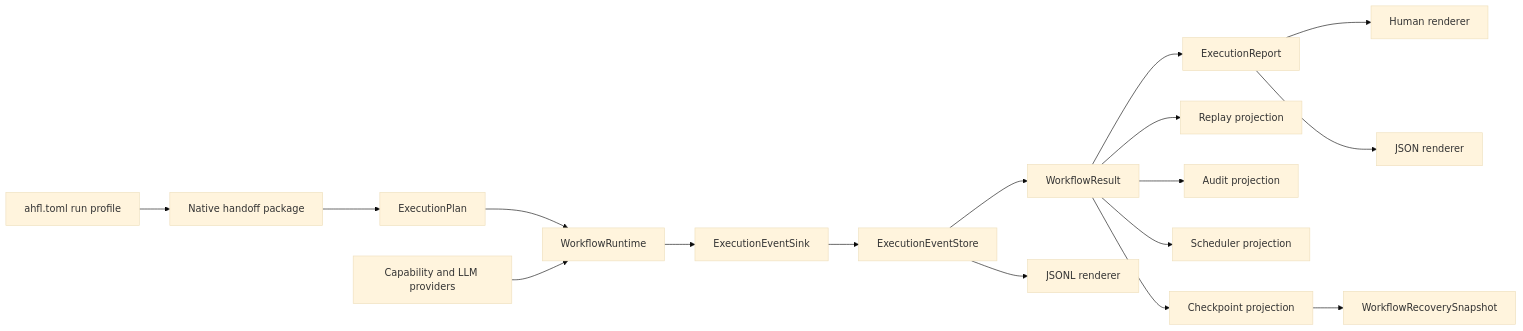
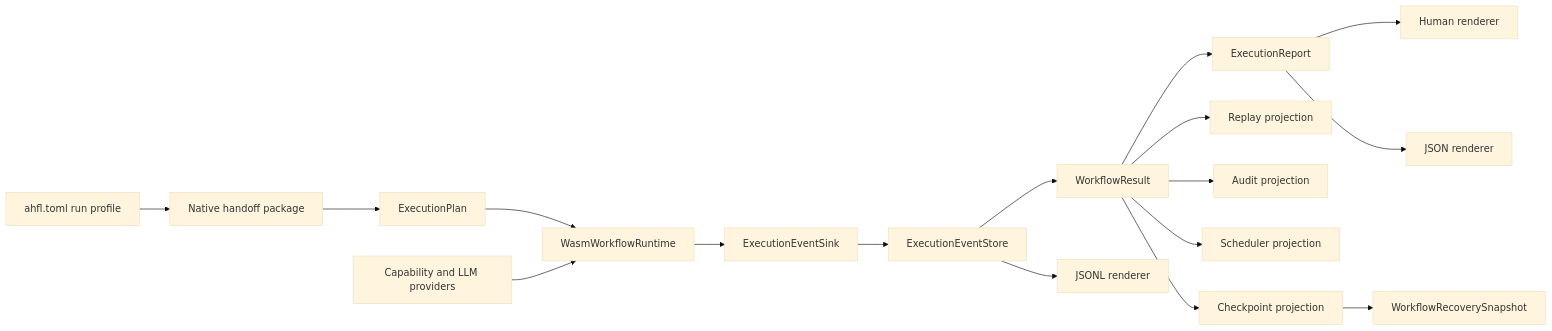
The diagram in docs/design/native-runtime-architecture.zh.md (Zzzode/AHFL), drawn with Mermaid (base theme) before and after one commit. The commit also changed other lines of this file and 248 other files, not shown here.

````diff
--- a/docs/design/native-runtime-architecture.zh.md
+++ b/docs/design/native-runtime-architecture.zh.md
@@ -24,19 +24,19 @@
 ```mermaid
 flowchart LR
     Manifest[ahfl.toml run profile] --> Handoff[Native handoff package]
     Handoff --> Plan[ExecutionPlan]
-    Plan --> Runtime[WorkflowRuntime]
+    Plan --> Runtime[WasmWorkflowRuntime]
     Runtime --> Sink[ExecutionEventSink]
     Provider[Capability and LLM providers] --> Runtime
     Sink --> Store[ExecutionEventStore]
     Store --> Result[WorkflowResult]
     Result --> Report[ExecutionReport]
     Result --> Replay[Replay projection]
     Result --> Audit[Audit projection]
     Result --> Scheduler[Scheduler projection]
     Result --> Checkpoint[Checkpoint projection]
     Checkpoint --> Recovery[WorkflowRecoverySnapshot]
     Report --> Human[Human renderer]
     Report --> JSON[JSON renderer]
     Store --> JSONL[JSONL renderer]
 ```
````
